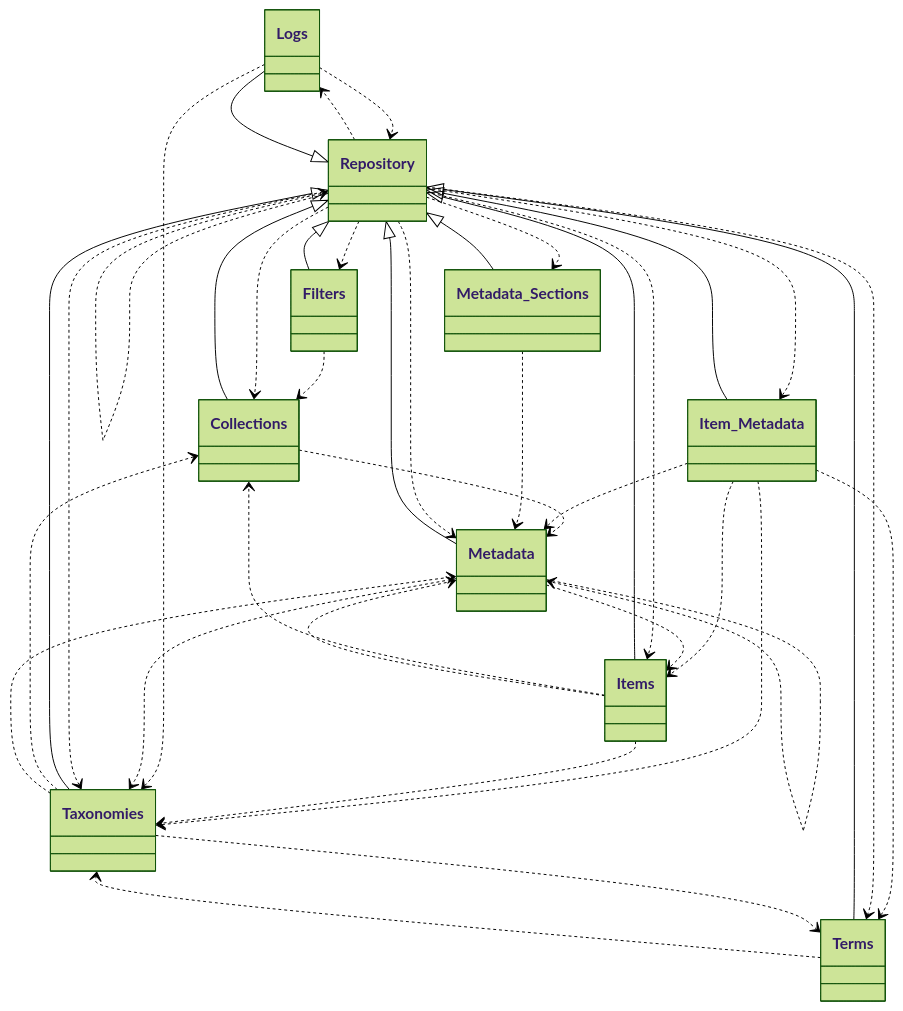
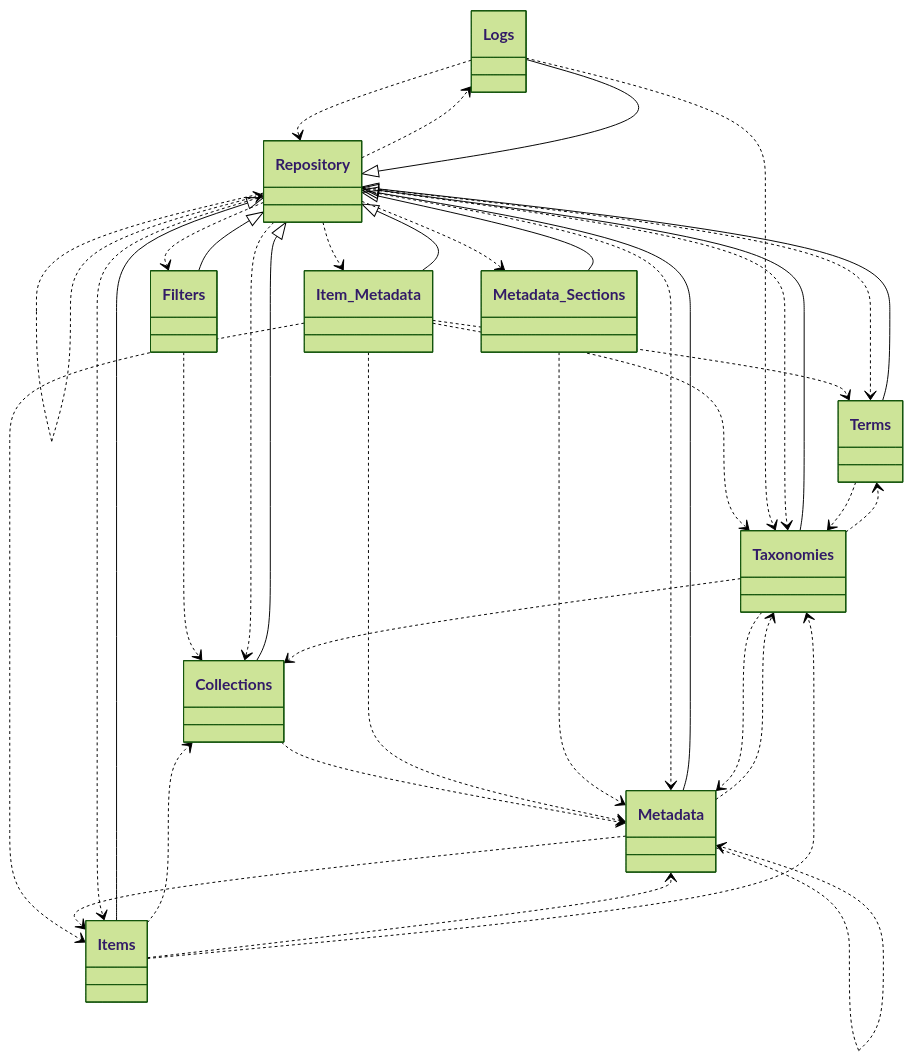
One commit to tainacan/tainacan changed diagram 12 of 13 in docs/phpdoc/Home.md. Above: the diagram before and after it, drawn with Mermaid (forest theme). The commit also changed other lines of this file and 98 other files, not shown here.

````diff
--- a/docs/phpdoc/Home.md
+++ b/docs/phpdoc/Home.md
@@ -698,53 +693,53 @@
 ```mermaid
 classDiagram
     direction TB
+    class Terms { }
+    class Logs { }
+    class Item_Metadata { }
+    class Taxonomies { }
     class Logs { }
     class Items { }
+    class Filters { }
     class Repository { }
+    class Metadata { }
     class Metadata_Sections { }
-    class Taxonomies { }
-    class Terms { }
     class Collections { }
-    class Logs { }
-    class Metadata { }
-    class Filters { }
-    class Item_Metadata { }
     Collections ..> Metadata
     Filters ..> Collections
     Item_Metadata ..> Items
     Item_Metadata ..> Metadata
     Item_Metadata ..> Taxonomies
     Item_Metadata ..> Terms
     Items ..> Collections
     Items ..> Metadata
     Items ..> Taxonomies
     Logs ..> Repository
     Logs ..> Taxonomies
     Metadata ..> Items
     Metadata ..> Metadata
     Metadata ..> Taxonomies
     Metadata_Sections ..> Metadata
     Repository ..> Collections
     Repository ..> Filters
     Repository ..> Item_Metadata
     Repository ..> Items
     Repository ..> Logs
     Repository ..> Metadata
     Repository ..> Metadata_Sections
     Repository ..> Repository
     Repository ..> Taxonomies
     Repository ..> Terms
     Repository <|-- Collections
     Repository <|-- Filters
     Repository <|-- Item_Metadata
     Repository <|-- Items
     Repository <|-- Logs
     Repository <|-- Metadata
     Repository <|-- Metadata_Sections
     Repository <|-- Taxonomies
     Repository <|-- Terms
     Taxonomies ..> Collections
     Taxonomies ..> Metadata
     Taxonomies ..> Terms
     Terms ..> Taxonomies
 ```
````
